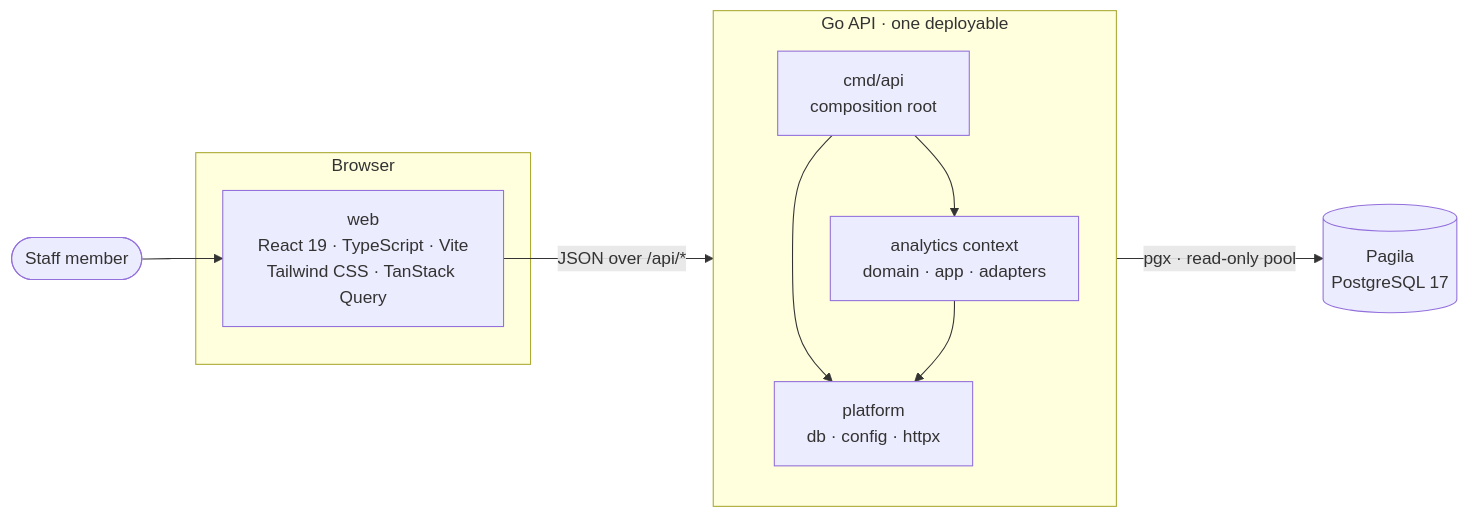
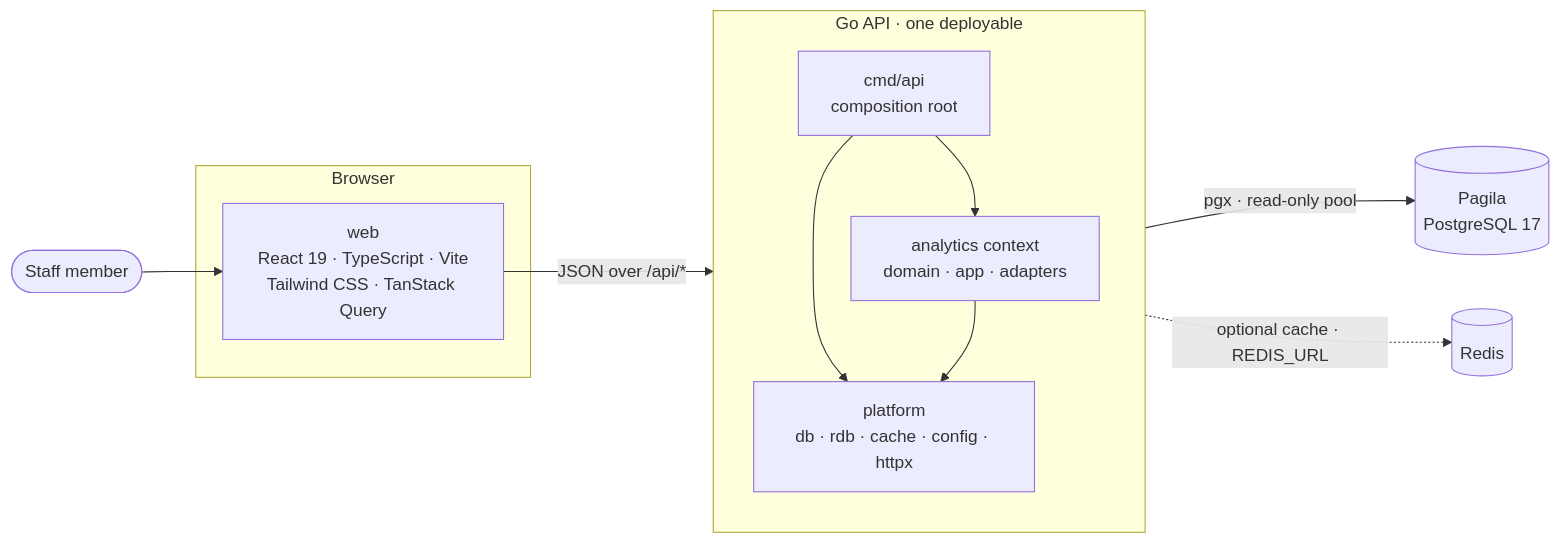
Before and after one commit to SangNguyen2810/store-operation: the second of 8 diagrams in README.md, drawn with Mermaid. The commit also changed other lines of this file and 14 other files, not shown here.

First line of the commit message:
Add an optional Redis query cache and drop the Rentals Explorer plan

````diff
--- a/README.md
+++ b/README.md
@@ -490,18 +503,19 @@
 ```mermaid
 flowchart LR
     user([Staff member]) --> web
     subgraph browser [Browser]
         web["web<br/>React 19 · TypeScript · Vite<br/>Tailwind CSS · TanStack Query"]
     end
     subgraph server [Go API · one deployable]
         direction TB
         api["cmd/api<br/>composition root"]
         analytics["analytics context<br/>domain · app · adapters"]
-        platform["platform<br/>db · config · httpx"]
+        platform["platform<br/>db · rdb · cache · config · httpx"]
         api --> analytics
         api --> platform
         analytics --> platform
     end
     web -- "JSON over /api/*" --> api
     analytics -- "pgx · read-only pool" --> pg[("Pagila<br/>PostgreSQL 17")]
+    analytics -. "optional cache · REDIS_URL" .-> redis[("Redis")]
 ```
````
